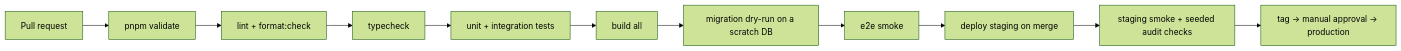
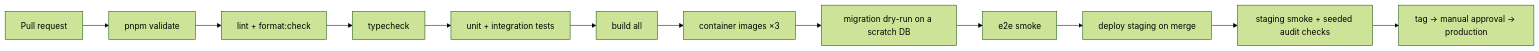
The second of 3 diagrams in docs/architecture/20-deployment-architecture.md (munaxa/munaxa-docs), drawn with Mermaid (forest theme) before and after one commit. The commit also changed other lines of this file and 90 other files, not shown here.

````diff
--- a/docs/architecture/20-deployment-architecture.md
+++ b/docs/architecture/20-deployment-architecture.md
@@ -88,13 +96,14 @@
 ```mermaid
 graph LR
     PR[Pull request] --> V["pnpm validate"]
     V --> L[lint + format:check]
     L --> T[typecheck]
     T --> U[unit + integration tests]
     U --> B[build all]
-    B --> M[migration dry-run on a scratch DB]
+    B --> I["container images ×3"]
+    I --> M[migration dry-run on a scratch DB]
     M --> E[e2e smoke]
     E --> ST[deploy staging on merge]
     ST --> SM[staging smoke + seeded audit checks]
     SM --> REL[tag → manual approval → production]
 ```
````
